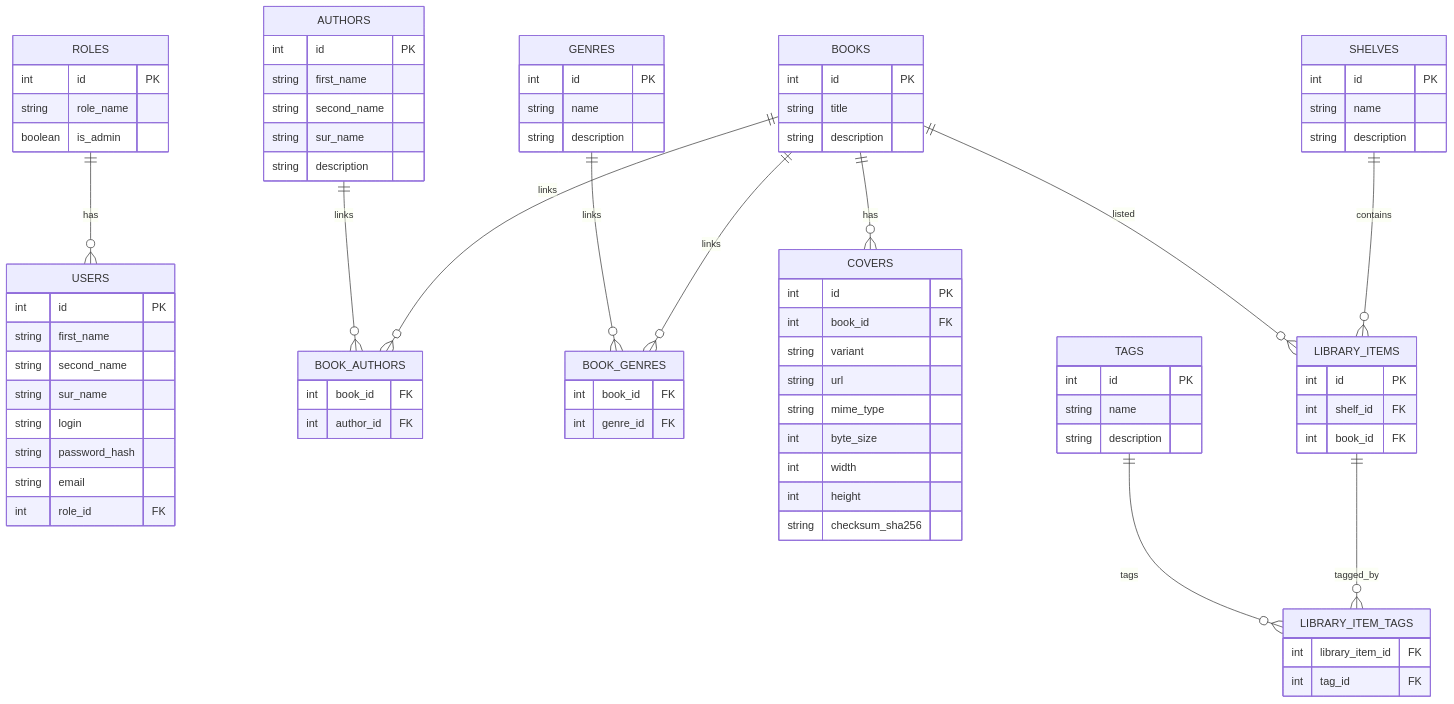
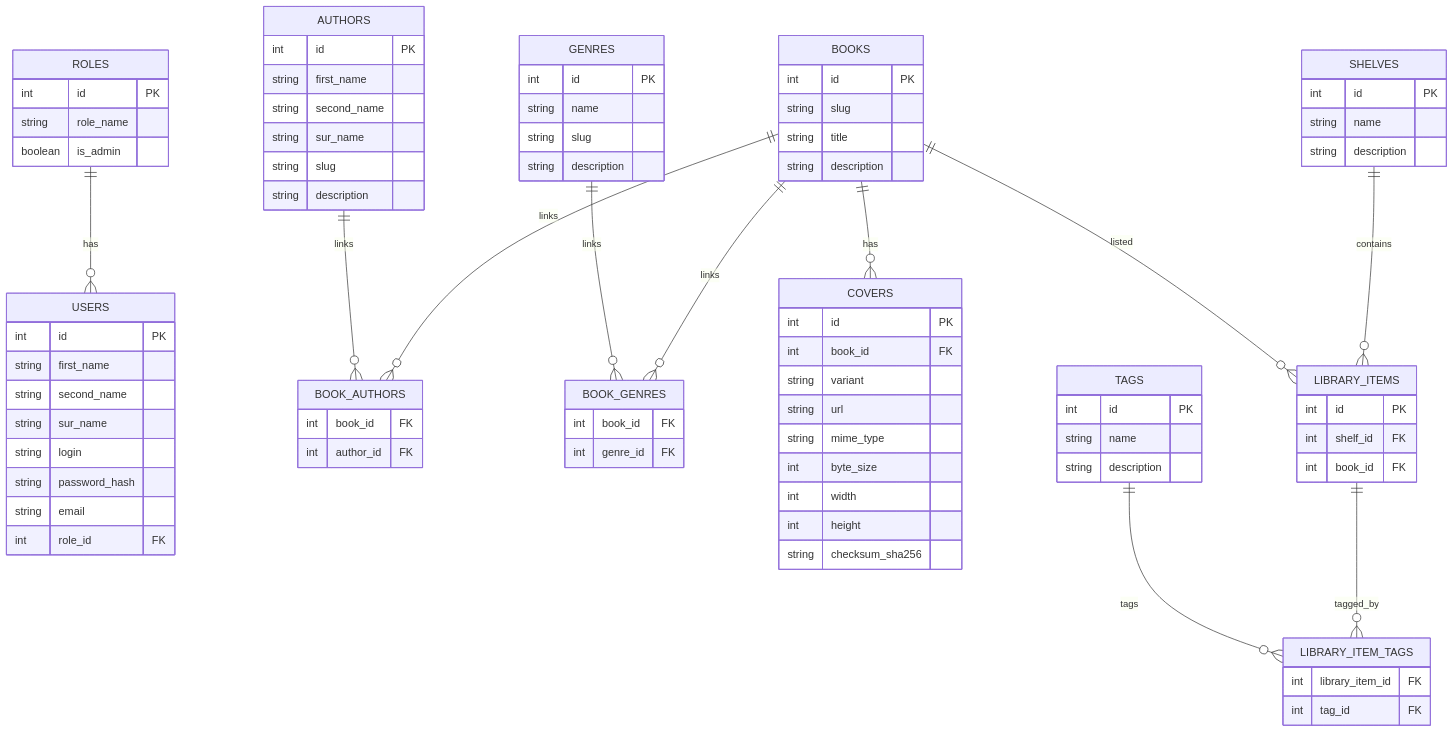
One commit to LeeDark/book-social changed the diagram in docs/database_v0_2.md. Above: the diagram before and after it, drawn with Mermaid. The commit also changed other lines of this file and 9 other files, not shown here.

```diff
--- a/docs/database_v0_2.md
+++ b/docs/database_v0_2.md
@@ -38,17 +52,20 @@
         string first_name
         string second_name
         string sur_name
+        string slug
         string description
     }
 
     GENRES {
         int id PK
         string name
+        string slug
         string description
     }
 
     BOOKS {
         int id PK
+        string slug
         string title
         string description
     }
```
